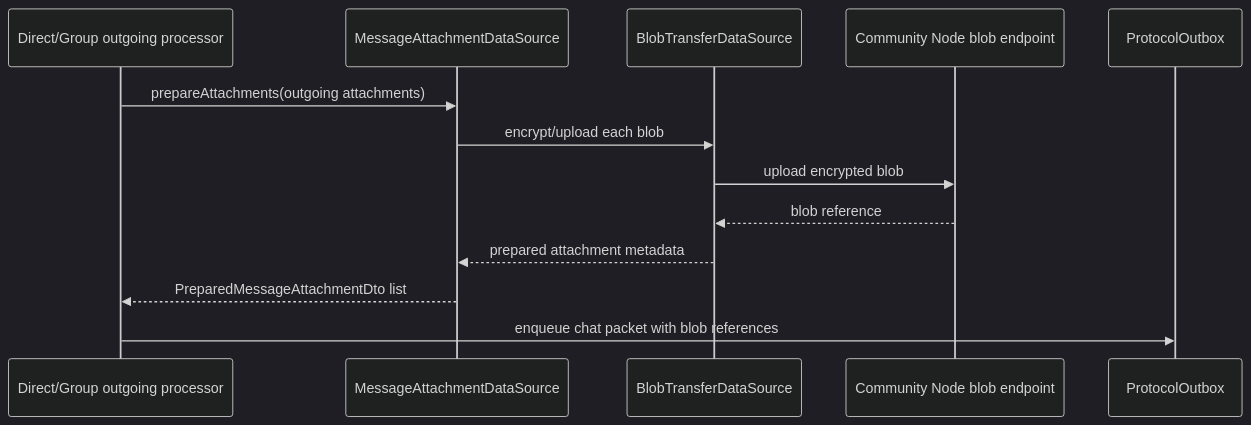
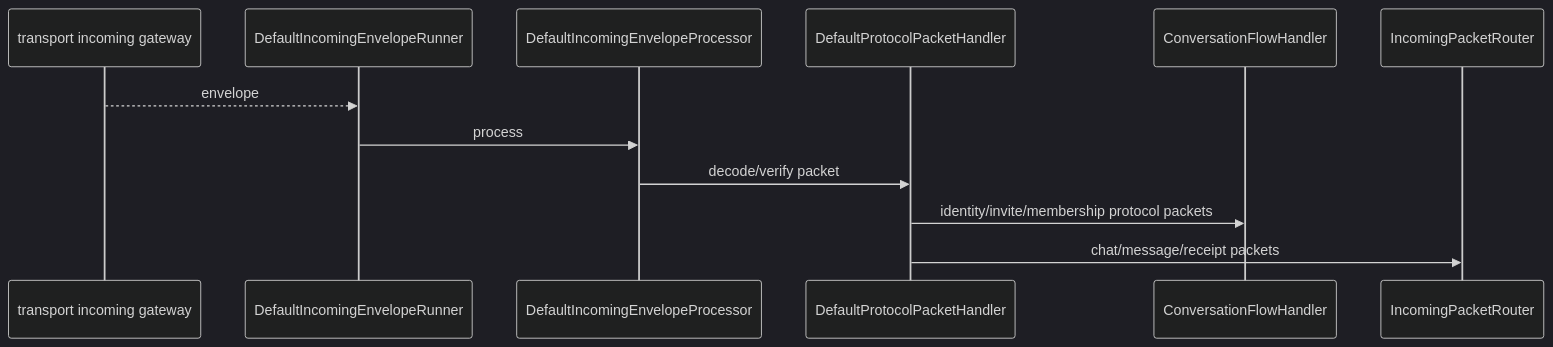
One commit to cbgm/Sparrow changed the second of 3 diagrams in docs/features/message-transport-flow.md. Above: the diagram before and after it, drawn with Mermaid (dark theme). The commit also changed other lines of this file and 66 other files, not shown here.

````diff
--- a/docs/features/message-transport-flow.md
+++ b/docs/features/message-transport-flow.md
@@ -106,16 +36,15 @@
 ```mermaid
 sequenceDiagram
-    participant Chat as Direct/Group outgoing processor
-    participant A as MessageAttachmentDataSource
-    participant B as BlobTransferDataSource
-    participant N as Community Node blob endpoint
-    participant O as ProtocolOutbox
+    participant WS as transport incoming gateway
+    participant IR as DefaultIncomingEnvelopeRunner
+    participant IP as DefaultIncomingEnvelopeProcessor
+    participant PROTO as DefaultProtocolPacketHandler
+    participant FLOW as ConversationFlowHandler
+    participant ROUTER as IncomingPacketRouter
 
-    Chat->>A: prepareAttachments(outgoing attachments)
-    A->>B: encrypt/upload each blob
-    B->>N: upload encrypted blob
-    N-->>B: blob reference
-    B-->>A: prepared attachment metadata
-    A-->>Chat: PreparedMessageAttachmentDto list
-    Chat->>O: enqueue chat packet with blob references
+    WS-->>IR: envelope
+    IR->>IP: process
+    IP->>PROTO: decode/verify packet
+    PROTO->>FLOW: identity/invite/membership protocol packets
+    PROTO->>ROUTER: chat/message/receipt packets
 ```
````
